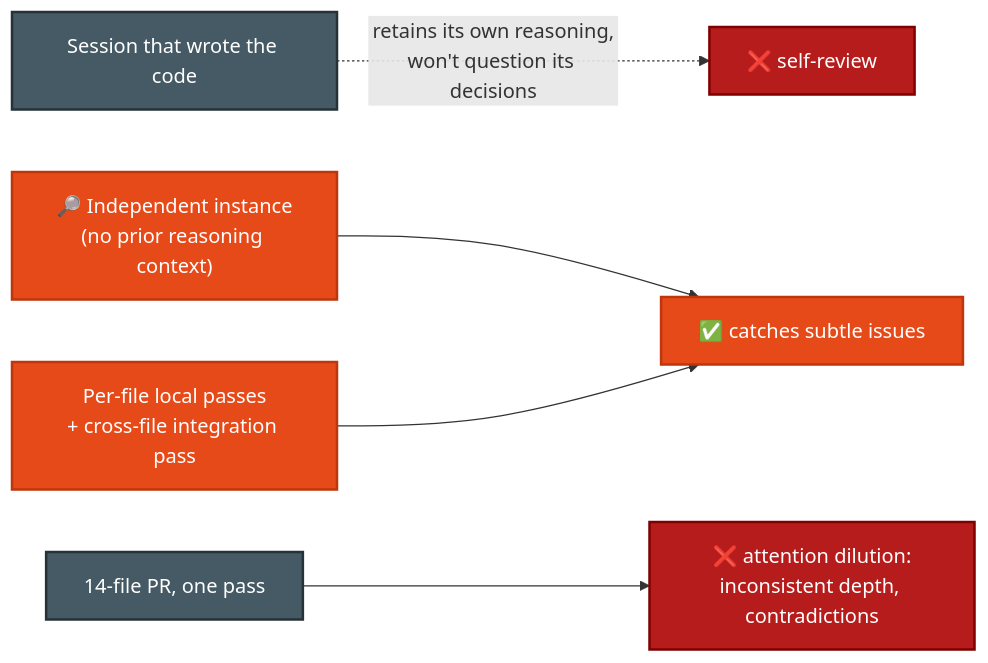
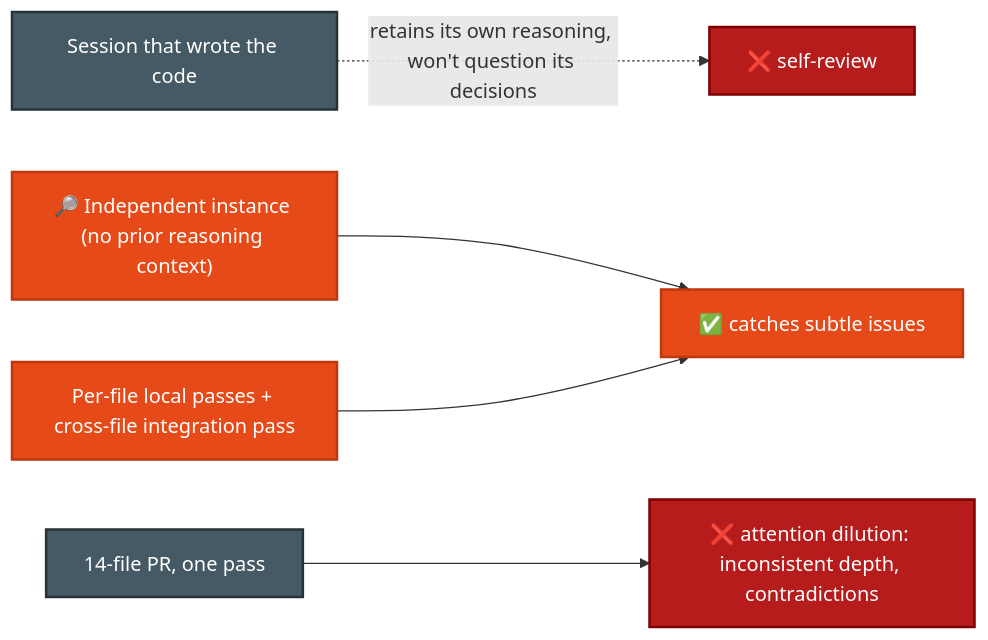
The fourth of 4 diagrams in CCA-F/domains/d4-prompting-structured-output.md (parmar-m/claude-architect-certification-prep), drawn with Mermaid before and after one commit. The commit also changed other lines of this file and 25 other files, not shown here.

````diff
--- a/CCA-F/domains/d4-prompting-structured-output.md
+++ b/CCA-F/domains/d4-prompting-structured-output.md
@@ -144,13 +144,13 @@
 ```mermaid
 flowchart LR
-    GEN["Session that wrote the code"] -. "retains its own reasoning,<br/>won't question its decisions" .-> SELF["❌ self-review"]
-    IND["🔎 Independent instance<br/>(no prior reasoning context)"] --> BETTER["✅ catches subtle issues"]
-    BIG["14-file PR, one pass"] --> DILUTE["❌ attention dilution:<br/>inconsistent depth, contradictions"]
-    SPLIT["Per-file local passes<br/>+ cross-file integration pass"] --> BETTER
+    GEN["Session that wrote the code"] -. "retains its own reasoning, won't question its decisions" .-> SELF["❌ self-review"]
+    IND["🔎 Independent instance (no prior reasoning context)"] --> BETTER["✅ catches subtle issues"]
+    BIG["14-file PR, one pass"] --> DILUTE["❌ attention dilution: inconsistent depth, contradictions"]
+    SPLIT["Per-file local passes + cross-file integration pass"] --> BETTER
     classDef bad fill:#B71C1C,color:#fff,stroke:#7F0000,stroke-width:2px
     classDef good fill:#E64A19,color:#fff,stroke:#BF360C,stroke-width:2px
     classDef n fill:#455A64,color:#fff,stroke:#263238,stroke-width:2px
     class SELF,DILUTE bad
     class IND,SPLIT,BETTER good
     class GEN,BIG n
 ```
````
